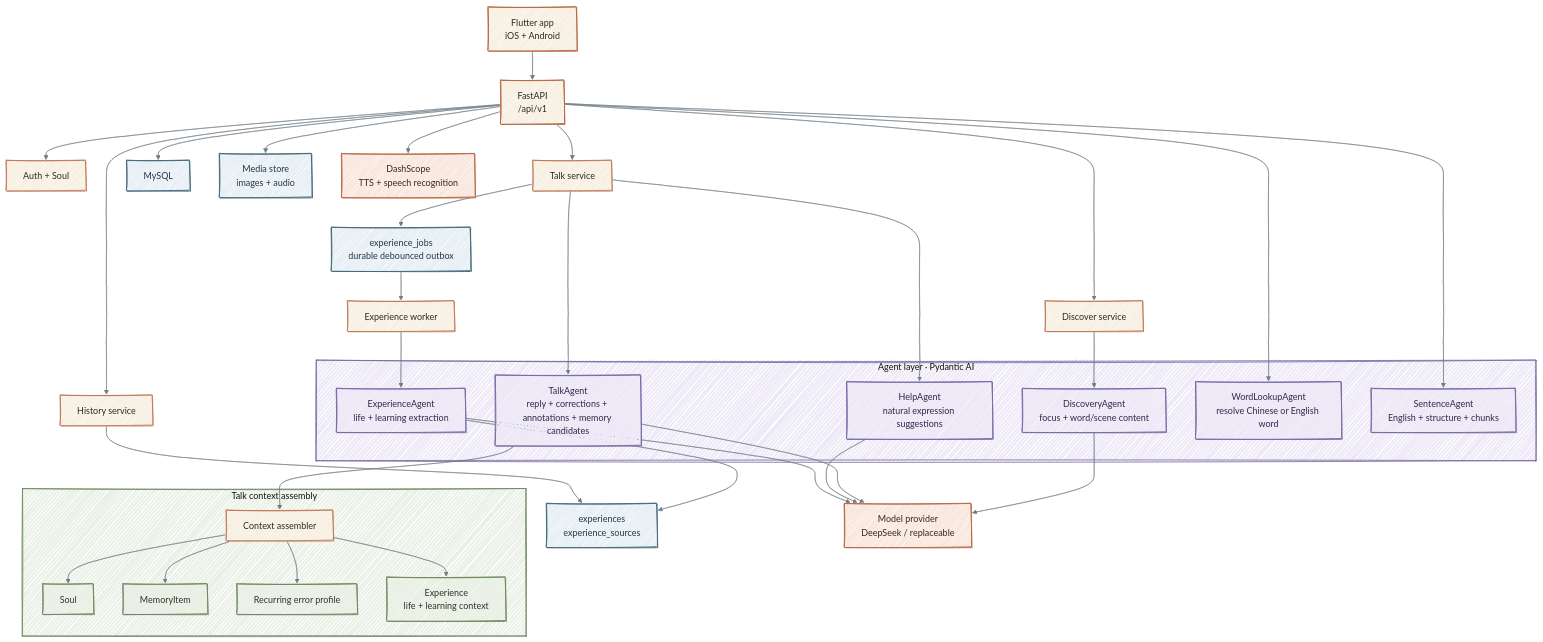
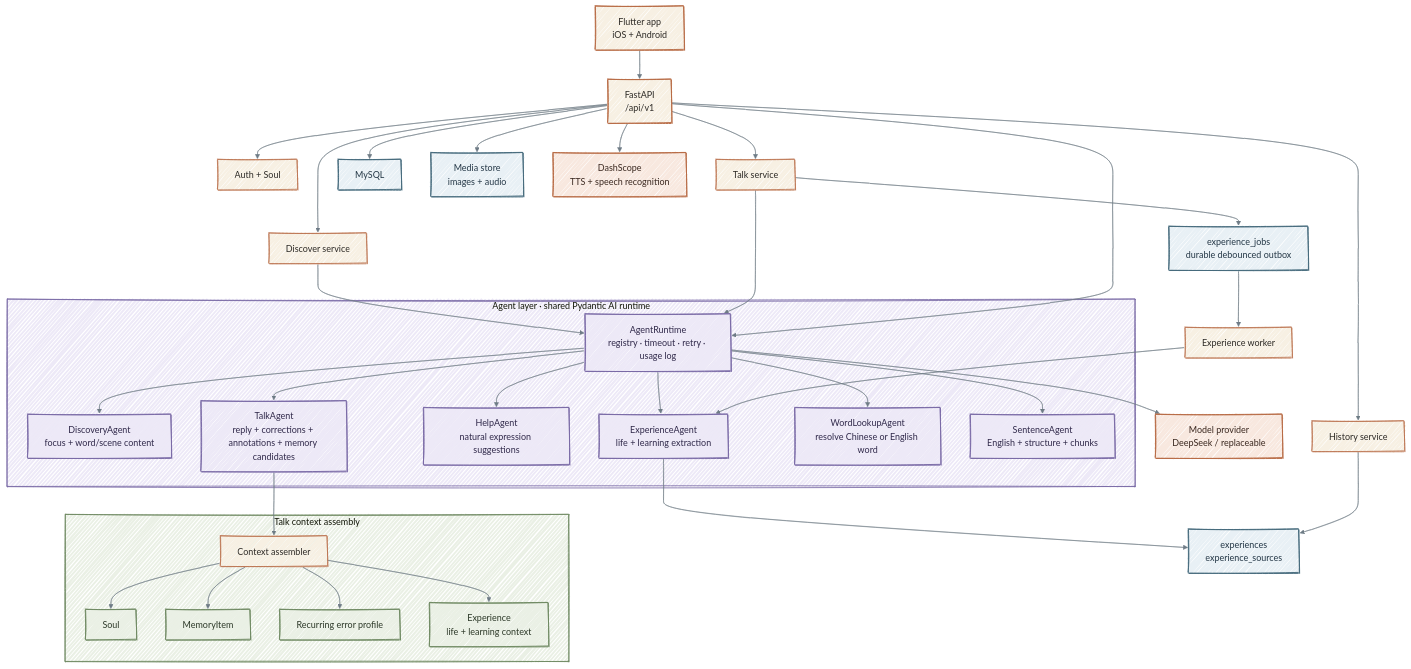
Before and after one commit to ZhangPeibin/Named: the second of 4 diagrams in README.md, drawn with Mermaid. The commit also changed other lines of this file and 23 other files, not shown here.

Commit message:
refactor(backend): add shared agent runtime

````diff
--- a/README.md
+++ b/README.md
@@ -95,79 +95,81 @@
 ```mermaid
 %%{init: {
   "theme": "base",
   "look": "handDrawn",
   "themeVariables": {
     "background": "#FBF8F2",
     "primaryColor": "#F7F0E3",
     "primaryTextColor": "#2D2A26",
     "primaryBorderColor": "#B86B45",
     "lineColor": "#6F7C86",
     "secondaryColor": "#E8F0F5",
     "tertiaryColor": "#EDE9F7",
     "fontFamily": "ui-rounded, Trebuchet MS, sans-serif"
   }
 }}%%
 flowchart TB
     App["Flutter app<br/>iOS + Android"] --> API["FastAPI<br/>/api/v1"]
 
     API --> Auth["Auth + Soul"]
     API --> Discover["Discover service"]
     API --> Talk["Talk service"]
     API --> History["History service"]
 
-    subgraph AgentLayer["Agent layer · Pydantic AI"]
+    subgraph AgentLayer["Agent layer · shared Pydantic AI runtime"]
+        Runtime["AgentRuntime<br/>registry · timeout · retry · usage log"]
         DiscoveryAgent["DiscoveryAgent<br/>focus + word/scene content"]
         TalkAgent["TalkAgent<br/>reply + corrections + annotations + memory candidates"]
         HelpAgent["HelpAgent<br/>natural expression suggestions"]
         ExperienceAgent["ExperienceAgent<br/>life + learning extraction"]
         WordLookupAgent["WordLookupAgent<br/>resolve Chinese or English word"]
         SentenceAgent["SentenceAgent<br/>English + structure + chunks"]
     end
 
-    Discover --> DiscoveryAgent
-    Talk --> TalkAgent
-    Talk --> HelpAgent
-    API --> WordLookupAgent
-    API --> SentenceAgent
+    Discover --> Runtime
+    Talk --> Runtime
+    API --> Runtime
+    Runtime --> DiscoveryAgent
+    Runtime --> TalkAgent
+    Runtime --> HelpAgent
+    Runtime --> ExperienceAgent
+    Runtime --> WordLookupAgent
+    Runtime --> SentenceAgent
 
     subgraph ContextLayer["Talk context assembly"]
         Context["Context assembler"]
         Soul["Soul"]
         Memory["MemoryItem"]
         Errors["Recurring error profile"]
         Experiences["Experience<br/>life + learning context"]
     end
 
     TalkAgent --> Context
     Context --> Soul
     Context --> Memory
     Context --> Errors
     Context --> Experiences
 
     Talk --> Queue["experience_jobs<br/>durable debounced outbox"]
     Queue --> Worker["Experience worker"]
     Worker --> ExperienceAgent
     ExperienceAgent --> ExperienceStore["experiences<br/>experience_sources"]
     History --> ExperienceStore
 
-    DiscoveryAgent --> Model["Model provider<br/>DeepSeek / replaceable"]
-    TalkAgent --> Model
-    HelpAgent --> Model
-    ExperienceAgent --> Model
+    Runtime --> Model["Model provider<br/>DeepSeek / replaceable"]
     API --> DB["MySQL"]
     API --> Media["Media store<br/>images + audio"]
     API --> Speech["DashScope<br/>TTS + speech recognition"]
 
     classDef warm fill:#F7F0E3,stroke:#B86B45,stroke-width:1.7px,color:#2D2A26
     classDef blue fill:#E8F0F5,stroke:#456A7C,stroke-width:1.7px,color:#243746
     classDef sage fill:#EAF0E5,stroke:#6F8A62,stroke-width:1.7px,color:#2C3828
     classDef lavender fill:#EDE9F7,stroke:#7A6AA6,stroke-width:1.7px,color:#30294A
     classDef peach fill:#F8E8DF,stroke:#B86B45,stroke-width:1.7px,color:#3A2820
     class App,API warm
     class Soul,Memory,Errors,Experiences sage
-    class DiscoveryAgent,TalkAgent,HelpAgent,ExperienceAgent,WordLookupAgent,SentenceAgent lavender
+    class Runtime,DiscoveryAgent,TalkAgent,HelpAgent,ExperienceAgent,WordLookupAgent,SentenceAgent lavender
     class Model,Speech peach
     class DB,Media,Queue,ExperienceStore blue
     style ContextLayer fill:#EAF0E5,stroke:#6F8A62,stroke-width:1.5px
     style AgentLayer fill:#EDE9F7,stroke:#7A6AA6,stroke-width:1.5px
 ```
````
